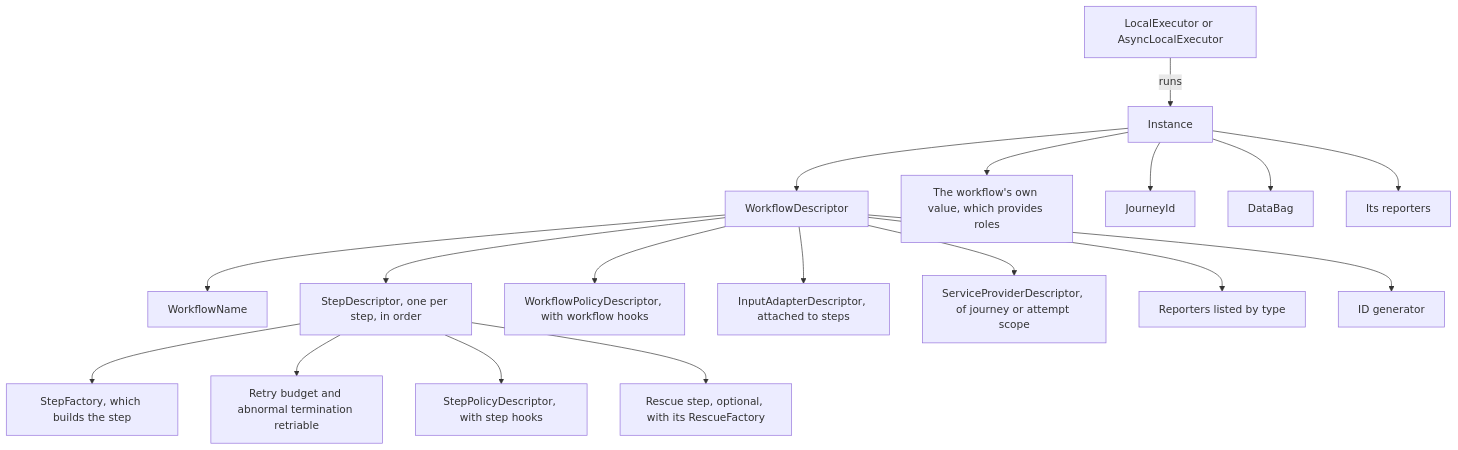
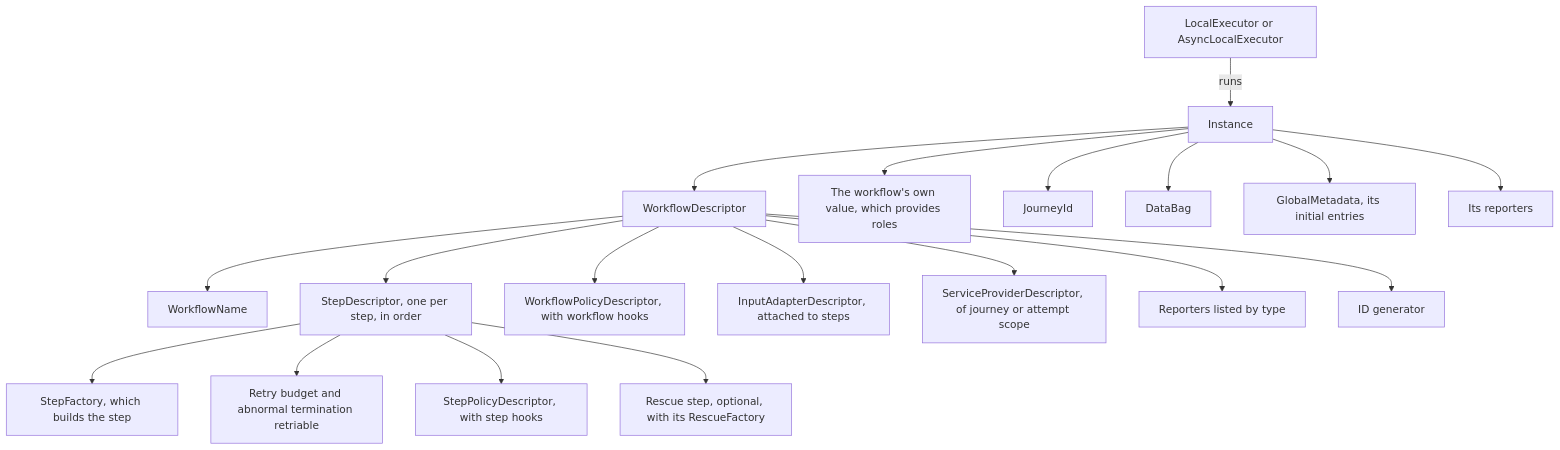
Before and after one commit to itinera-dev/itinera-rs: the second of 14 diagrams in docs/architecture.md, drawn with Mermaid. The commit also changed other lines of this file and 99 other files, not shown here.

First line of the commit message:
Implement global metadata (proposal 0102)

````diff
--- a/docs/architecture.md
+++ b/docs/architecture.md
@@ -57,22 +57,23 @@
 ```mermaid
 flowchart TD
     accTitle: What a workflow descriptor holds
-    accDescr: A workflow descriptor holds its name, its step descriptors in order, its workflow policies, its input adapters, its service providers, its reporters and its ID generator. A step descriptor holds a factory, a retry budget, whether an abnormal termination is retriable, its step policies and an optional rescue step. An instance holds the descriptor, the workflow's own value, a journey ID, the data bag and the reporters, and an executor runs it.
+    accDescr: A workflow descriptor holds its name, its step descriptors in order, its workflow policies, its input adapters, its service providers, its reporters and its ID generator. A step descriptor holds a factory, a retry budget, whether an abnormal termination is retriable, its step policies and an optional rescue step. An instance holds the descriptor, the workflow's own value, a journey ID, the data bag, its initial global metadata and the reporters, and an executor runs it.
     descriptor["WorkflowDescriptor"] --> name["WorkflowName"]
     descriptor --> steps["StepDescriptor, one per step, in order"]
     descriptor --> wpolicies["WorkflowPolicyDescriptor, with workflow hooks"]
     descriptor --> adapters["InputAdapterDescriptor, attached to steps"]
     descriptor --> providers["ServiceProviderDescriptor, of journey or attempt scope"]
     descriptor --> reporters["Reporters listed by type"]
     descriptor --> generator["ID generator"]
     steps --> factory["StepFactory, which builds the step"]
     steps --> budget["Retry budget and abnormal termination retriable"]
     steps --> spolicies["StepPolicyDescriptor, with step hooks"]
     steps --> rescue["Rescue step, optional, with its RescueFactory"]
     instance["Instance"] --> descriptor
     instance --> workflow["The workflow's own value, which provides roles"]
     instance --> id["JourneyId"]
     instance --> bag["DataBag"]
+    instance --> metadata["GlobalMetadata, its initial entries"]
     instance --> ireporters["Its reporters"]
     executor["LocalExecutor or AsyncLocalExecutor"] -->|"runs"| instance
 ```
````
